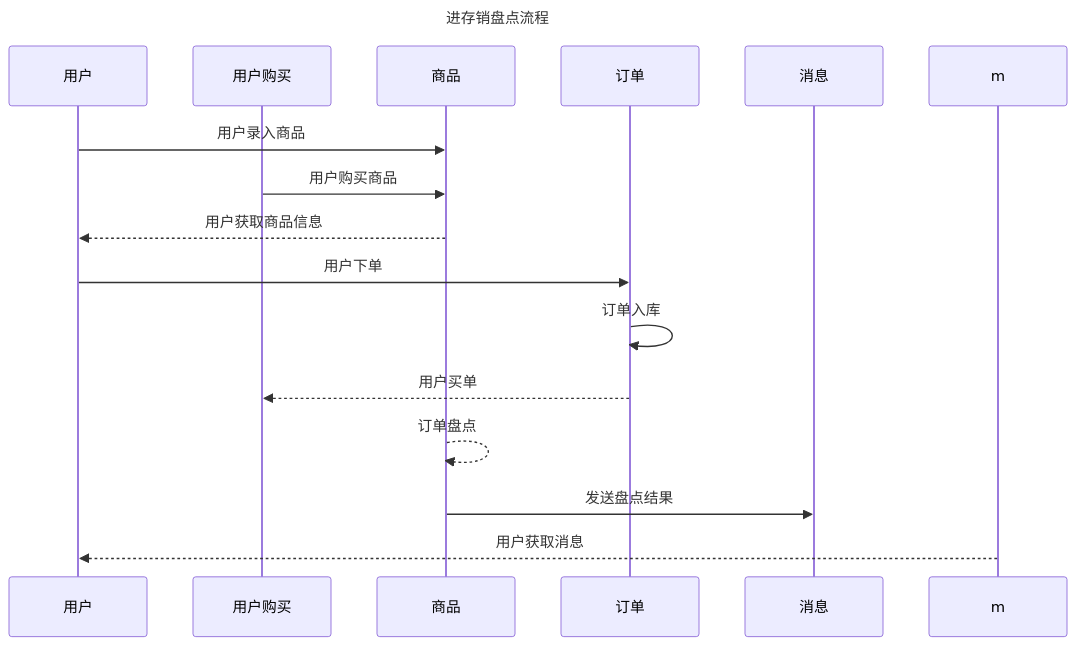
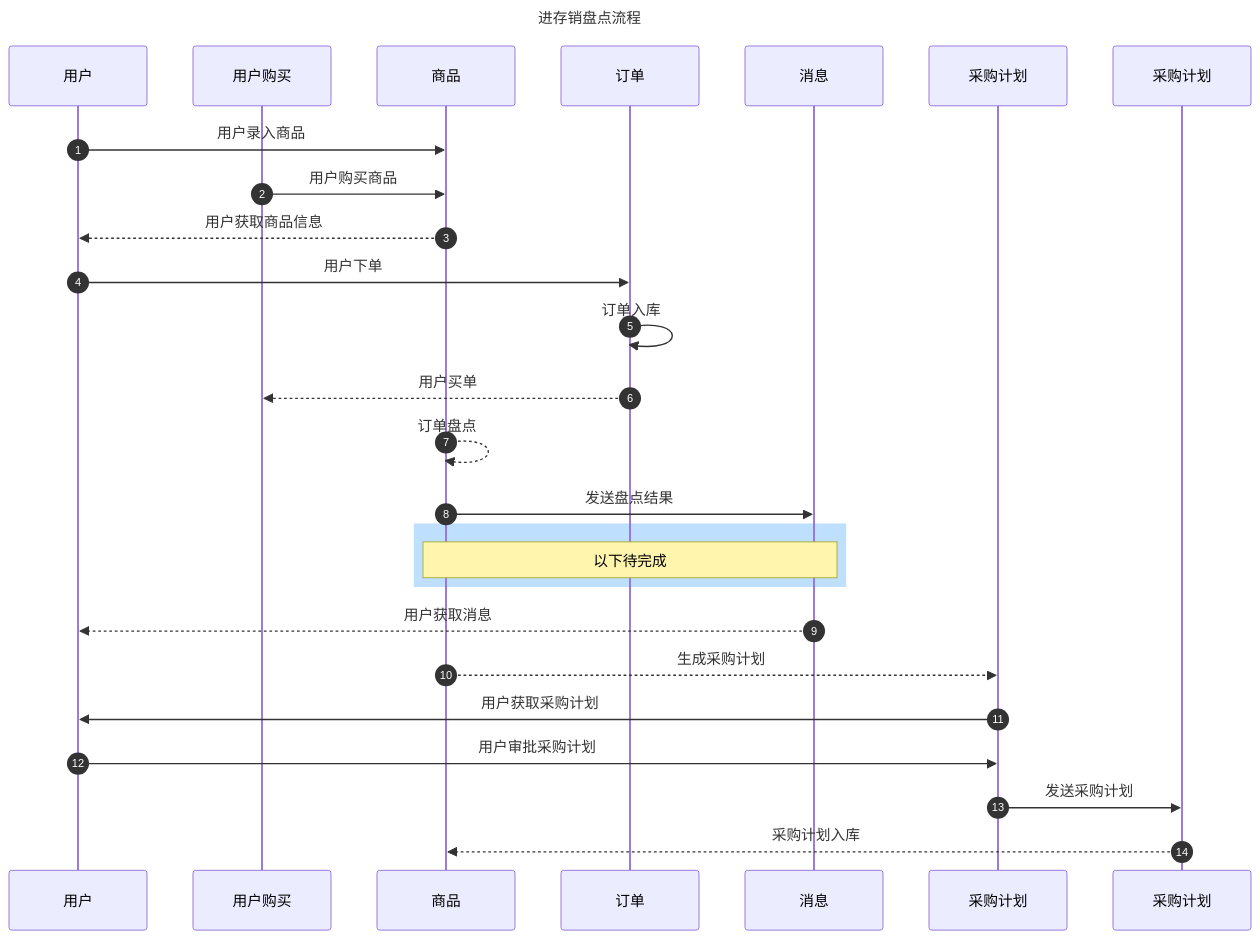
Before and after one commit to fca197/aps-inventory-sales: the second of 2 diagrams in README.md, drawn with Mermaid. The commit also changed other lines of this file, not shown here.

````diff
--- a/README.md
+++ b/README.md
@@ -33,21 +34,33 @@
 ```mermaid
+
 sequenceDiagram
+autonumber
 title: 进存销盘点流程
 participant U as 用户
 participant BU as 用户购买
 participant G as 商品
 participant O as  订单
 participant M as  消息
+participant BB as  采购计划
+participant P as  采购计划
 
 
 U->>G: 用户录入商品
 BU->>G: 用户购买商品
 G-->>U: 用户获取商品信息
 U->>O: 用户下单
 O->>O: 订单入库
 O-->>BU: 用户买单
 G-->>G: 订单盘点
 G->>M: 发送盘点结果
-m-->>U: 用户获取消息
+rect rgb(191, 223, 255)
+Note over G,M:  以下待完成
+end
+M-->>U: 用户获取消息
+G-->>BB: 生成采购计划
+BB->>U: 用户获取采购计划
+U->>BB: 用户审批采购计划
+BB->>P: 发送采购计划
+P-->>G: 采购计划入库
 
 ```
````
